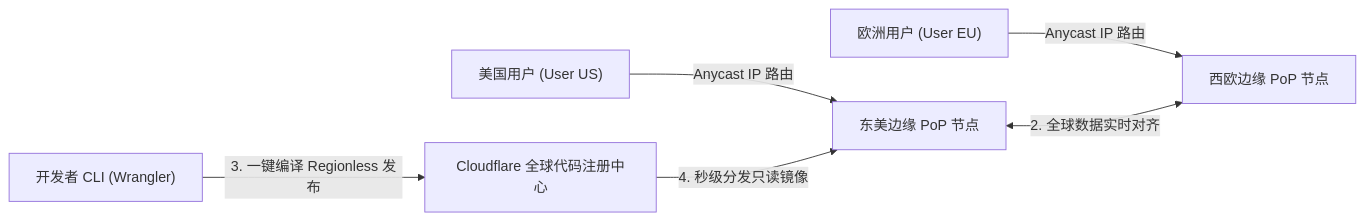
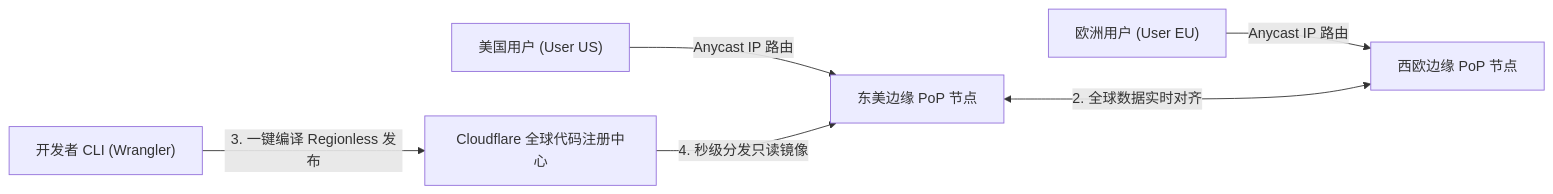
One commit to koosai/AI-Architect-Learning changed the third of 6 diagrams in docs/atlas/cloudflare-workers.mdx. Above: the diagram before and after it, drawn with Mermaid. The commit also changed other lines of this file and 68 other files, not shown here.

Commit message:
fix(atlas): fix browser client-side Mermaid rendering for mindmaps and flowcharts across 67 case studies

````diff
--- a/docs/atlas/cloudflare-workers.mdx
+++ b/docs/atlas/cloudflare-workers.mdx
@@ -102,8 +102,8 @@
 ```mermaid
 graph LR
   User_US["美国用户 (User US)"] -->|Anycast IP 路由| US_Edge["东美边缘 PoP 节点"]
   User_EU["欧洲用户 (User EU)"] -->|Anycast IP 路由| EU_Edge["西欧边缘 PoP 节点"]
-  US_Edge <-->|2. 全球数据实时对齐| EU_Edge
+  US_Edge <--->|2. 全球数据实时对齐| EU_Edge
   Developer["开发者 CLI (Wrangler)"] -->|3. 一键编译 Regionless 发布| CF_Global_Registry["Cloudflare 全球代码注册中心"]
   CF_Global_Registry -->|4. 秒级分发只读镜像| US_Edge
 ```
````
